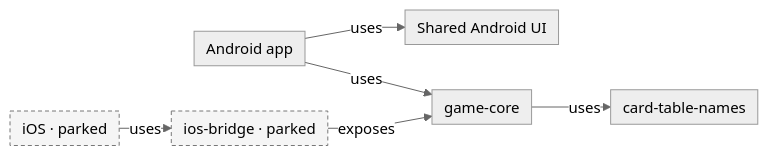
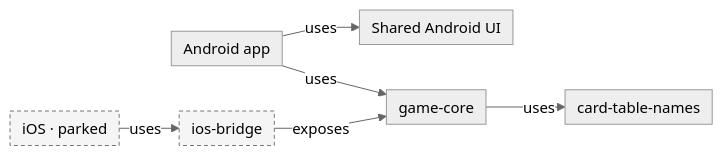
The second of 4 diagrams in README.md (crististefanita/whist), drawn with Mermaid before and after one commit. The commit also changed other lines of this file, not shown here.

Commit message:
docs: keep the synced overview diagrams within the governed compact layout

````diff
--- a/README.md
+++ b/README.md
@@ -52,17 +52,17 @@
 ```mermaid
 %%{init: {"theme":"neutral","themeVariables":{"fontSize":"15px"},"themeCSS":".edgeLabel, .edgeLabel p { font-size: 12px !important; } .node rect { rx: 6px; ry: 6px; }","flowchart":{"curve":"linear","nodeSpacing":24,"rankSpacing":20,"padding":6},"sequence":{"mirrorActors":false,"messageMargin":24}}}%%
 flowchart LR
     app["Android app"]
     atf_card_table_ui["Shared Android UI"]
     ios["iOS · parked"]
-    ios_bridge["ios-bridge · parked"]
+    ios_bridge["ios-bridge"]
     game_core["game-core"]
     card_table_names["card-table-names"]
     app -->|uses| atf_card_table_ui
     app -->|uses| game_core
     ios -->|uses| ios_bridge
     ios_bridge -->|exposes| game_core
     game_core -->|uses| card_table_names
     classDef parked fill:#f5f5f5,stroke:#777,stroke-dasharray:4 3
     class ios,ios_bridge parked
 ```
````
